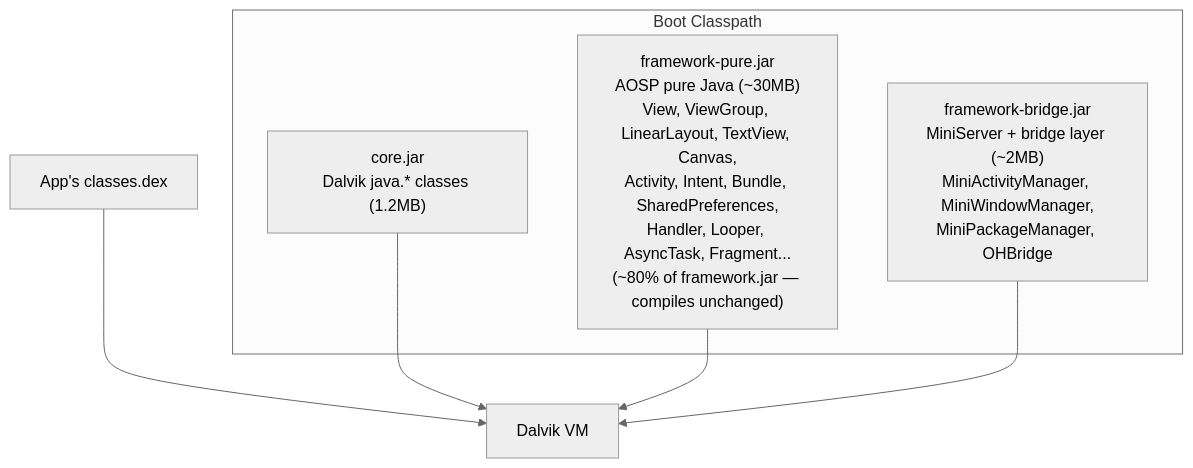
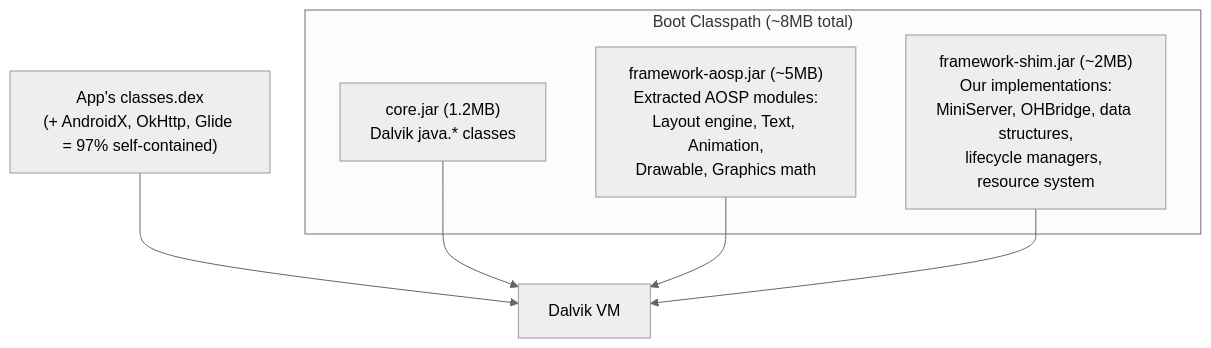
Before and after one commit to A2OH/westlake: the eighth of 23 diagrams in 02-ANDROID-AS-ENGINE.md, drawn with Mermaid (neutral theme). The commit also changed other lines of this file and 1 other file, not shown here.

First line of the commit message:
Docs: Option C — selective AOSP extraction strategy (EN + CN)

````diff
--- a/02-ANDROID-AS-ENGINE.md
+++ b/02-ANDROID-AS-ENGINE.md
@@ -234,12 +283,12 @@
 ```mermaid
 graph TD
-    subgraph "Boot Classpath"
-        L1["core.jar<br/>Dalvik java.* classes (1.2MB)"]
-        L2["framework-pure.jar<br/>AOSP pure Java (~30MB)<br/>View, ViewGroup, LinearLayout, TextView, Canvas,<br/>Activity, Intent, Bundle, SharedPreferences,<br/>Handler, Looper, AsyncTask, Fragment...<br/>(~80% of framework.jar — compiles unchanged)"]
-        L3["framework-bridge.jar<br/>MiniServer + bridge layer (~2MB)<br/>MiniActivityManager, MiniWindowManager,<br/>MiniPackageManager, OHBridge"]
+    subgraph "Boot Classpath (~8MB total)"
+        L1["core.jar (1.2MB)<br/>Dalvik java.* classes"]
+        L2["framework-aosp.jar (~5MB)<br/>Extracted AOSP modules:<br/>Layout engine, Text, Animation,<br/>Drawable, Graphics math"]
+        L3["framework-shim.jar (~2MB)<br/>Our implementations:<br/>MiniServer, OHBridge, data structures,<br/>lifecycle managers, resource system"]
     end
-    APP["App's classes.dex"] --> VM["Dalvik VM"]
+    APP["App's classes.dex<br/>(+ AndroidX, OkHttp, Glide = 97% self-contained)"] --> VM["Dalvik VM"]
     L1 --> VM
     L2 --> VM
     L3 --> VM
 ```
````
